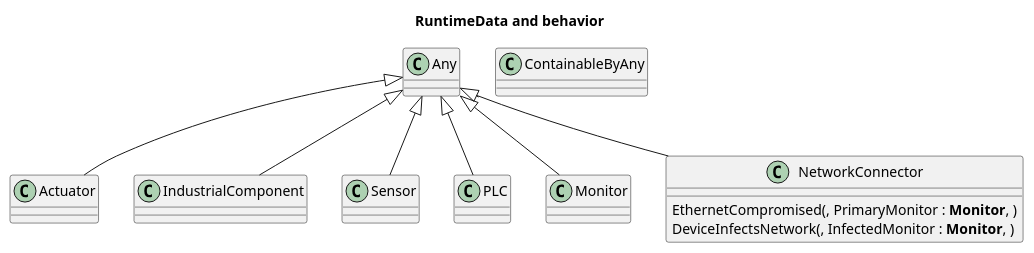
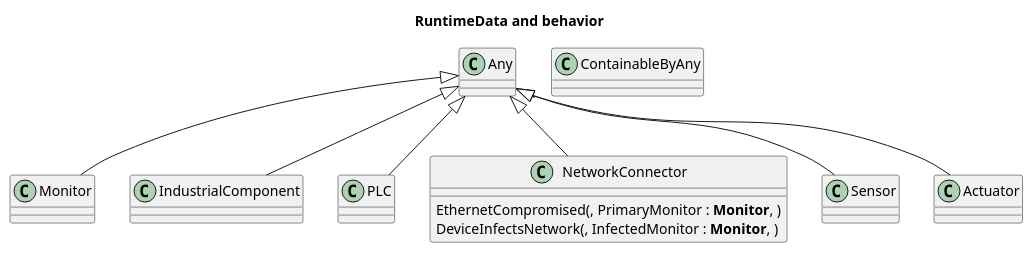
The diagram in doc-gen/plantuml/BehaviourDefinitions.rtd.class.plantuml (lewisccox/lc2071HonoursProject), drawn with PlantUML before and after one commit. The commit also changed other lines of this file and 3 other files, not shown here.

```diff
--- a/doc-gen/plantuml/BehaviourDefinitions.rtd.class.plantuml
+++ b/doc-gen/plantuml/BehaviourDefinitions.rtd.class.plantuml
@@ -1,29 +1,29 @@
 @startuml
 title RuntimeData and behavior
-class Actuator  {
+class Monitor  {
+}
+class Any  {
 }
 class IndustrialComponent  {
 }
 class ContainableByAny  {
 }
-class Sensor  {
-}
 class PLC  {
-}
-class Any  {
-}
-class Monitor  {
 }
 class NetworkConnector  {
 	EthernetCompromised(, PrimaryMonitor : **Monitor**, )
 	DeviceInfectsNetwork(, InfectedMonitor : **Monitor**, )
 }
+class Sensor  {
+}
+class Actuator  {
+}
 
 
+Monitor -up-|>  Any
+IndustrialComponent -up-|>  Any
+PLC -up-|>  Any
+NetworkConnector -up-|>  Any
+Sensor -up-|>  Any
 Actuator -up-|>  Any
-IndustrialComponent -up-|>  Any
-Sensor -up-|>  Any
-PLC -up-|>  Any
-Monitor -up-|>  Any
-NetworkConnector -up-|>  Any
 @enduml
```
